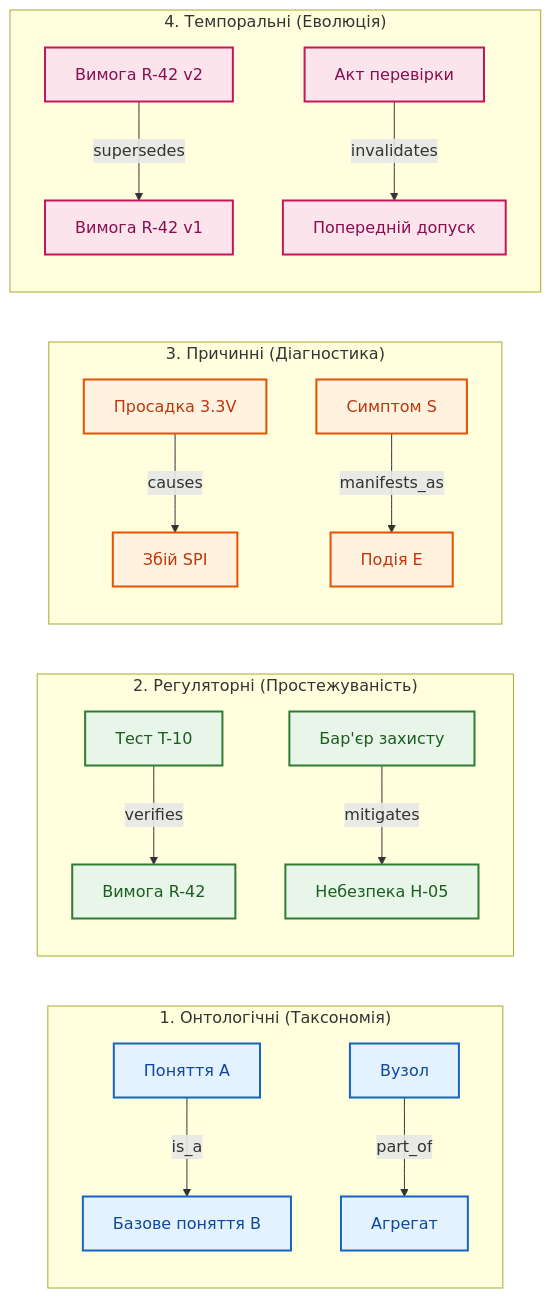
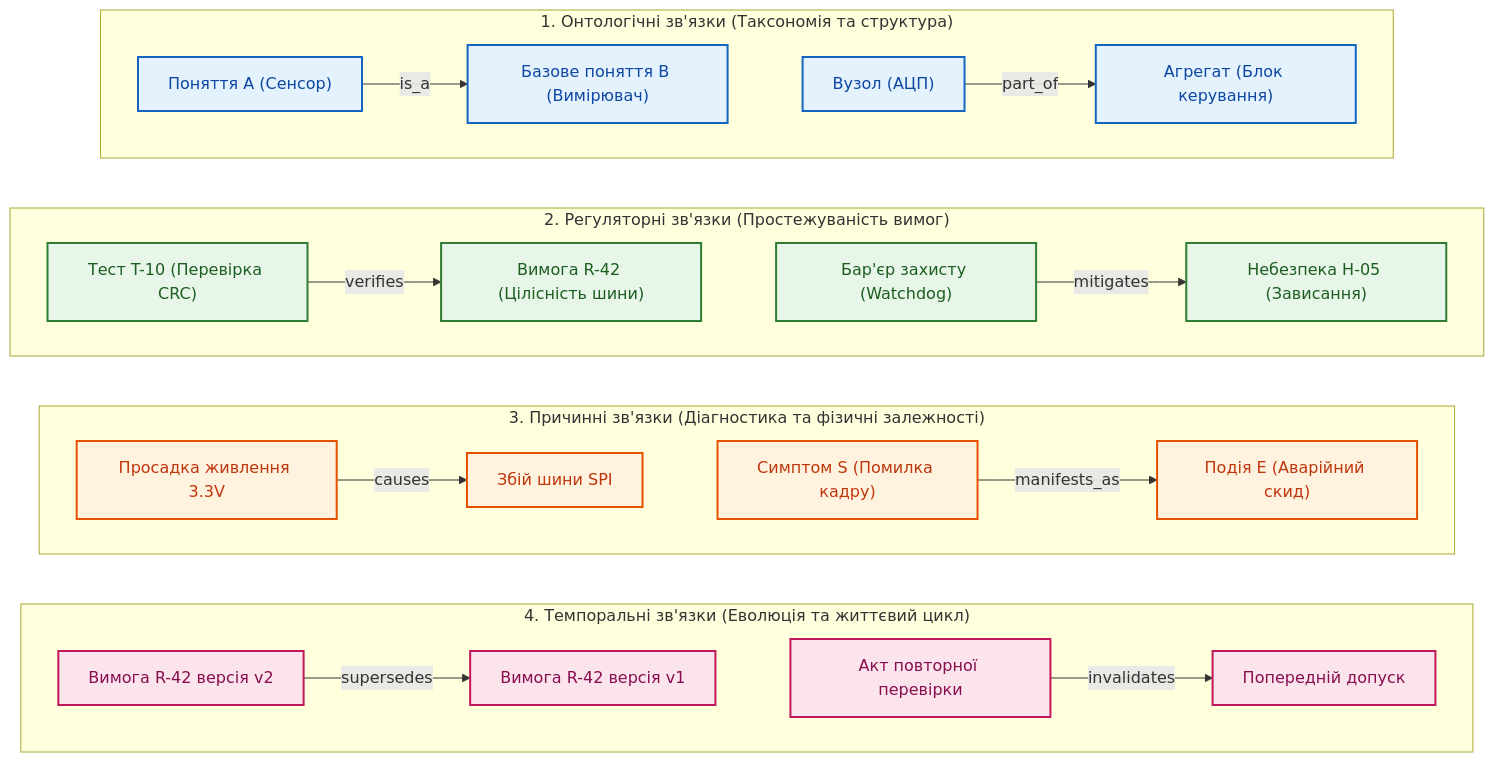
One commit to nick-fedchik/articles changed the fifth of 9 diagrams in ExpertSystem/ch04-evolution-from-bayes-to-evidence-ai.md. Above: the diagram before and after it, drawn with Mermaid.

Commit message:
fix(ch04): reorder relation classes diagram 1 to 4 top-to-bottom and widen examples

````diff
--- a/ExpertSystem/ch04-evolution-from-bayes-to-evidence-ai.md
+++ b/ExpertSystem/ch04-evolution-from-bayes-to-evidence-ai.md
@@ -695,35 +695,45 @@
 ```mermaid
-flowchart LR
+flowchart TD
     accTitle: Класифікація інженерних зв'язків у графі знань
     accDescr: Чотири класи зв'язків: онтологічні, регуляторні, причинно-наслідкові та темпорально-версійні.
 
-    subgraph Onto["1. Онтологічні (Таксономія)"]
-        O1["Поняття A"] -->|is_a| O2["Базове поняття B"]
-        O3["Вузол"] -->|part_of| O4["Агрегат"]
+    subgraph Onto["1. Онтологічні зв'язки (Таксономія та структура)"]
+        direction LR
+        O1["Поняття A (Сенсор)"] -->|is_a| O2["Базове поняття B (Вимірювач)"]
+        O2 ~~~ O3["Вузол (АЦП)"]
+        O3 -->|part_of| O4["Агрегат (Блок керування)"]
     end
 
-    subgraph Reg["2. Регуляторні (Простежуваність)"]
-        R1["Тест T-10"] -->|verifies| R2["Вимога R-42"]
-        R3["Бар'єр захисту"] -->|mitigates| R4["Небезпека H-05"]
+    subgraph Reg["2. Регуляторні зв'язки (Простежуваність вимог)"]
+        direction LR
+        R1["Тест T-10 (Перевірка CRC)"] -->|verifies| R2["Вимога R-42 (Цілісність шини)"]
+        R2 ~~~ R3["Бар'єр захисту (Watchdog)"]
+        R3 -->|mitigates| R4["Небезпека H-05 (Зависання)"]
     end
 
-    subgraph Cause["3. Причинні (Діагностика)"]
-        C1["Просадка 3.3V"] -->|causes| C2["Збій SPI"]
-        C3["Симптом S"] -->|manifests_as| C4["Подія E"]
+    subgraph Cause["3. Причинні зв'язки (Діагностика та фізичні залежності)"]
+        direction LR
+        C1["Просадка живлення 3.3V"] -->|causes| C2["Збій шини SPI"]
+        C2 ~~~ C3["Симптом S (Помилка кадру)"]
+        C3 -->|manifests_as| C4["Подія E (Аварійний скид)"]
     end
 
-    subgraph Temp["4. Темпоральні (Еволюція)"]
-        T1["Вимога R-42 v2"] -->|supersedes| T2["Вимога R-42 v1"]
-        T3["Акт перевірки"] -->|invalidates| T4["Попередній допуск"]
+    subgraph Temp["4. Темпоральні зв'язки (Еволюція та життєвий цикл)"]
+        direction LR
+        T1["Вимога R-42 версія v2"] -->|supersedes| T2["Вимога R-42 версія v1"]
+        T2 ~~~ T3["Акт повторної перевірки"]
+        T3 -->|invalidates| T4["Попередній допуск"]
     end
+
+    Onto ~~~ Reg ~~~ Cause ~~~ Temp
 
     classDef c1 fill:#e3f2fd,stroke:#1565c0,stroke-width:2px,color:#0d47a1;
     classDef c2 fill:#e8f5e9,stroke:#2e7d32,stroke-width:2px,color:#1b5e20;
     classDef c3 fill:#fff3e0,stroke:#e65100,stroke-width:2px,color:#bf360c;
     classDef c4 fill:#fce4ec,stroke:#c2185b,stroke-width:2px,color:#880e4f;
 
     class O1,O2,O3,O4 c1;
     class R1,R2,R3,R4 c2;
     class C1,C2,C3,C4 c3;
     class T1,T2,T3,T4 c4;
 ```
````
